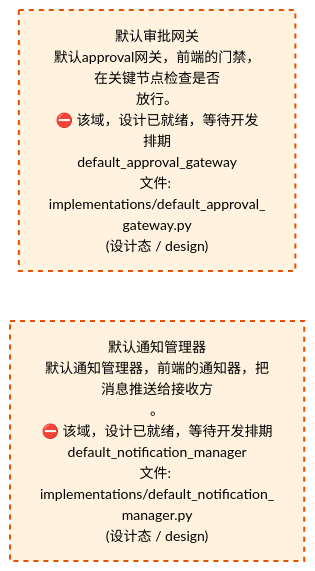
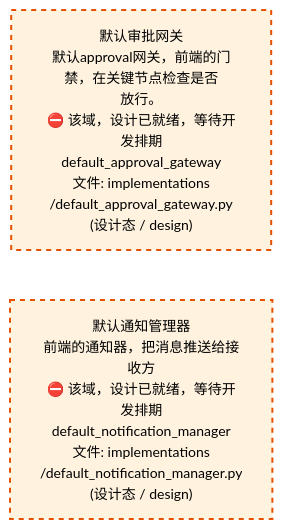
One commit to xuanFelixVan/ZephyrAlpha changed the third of 4 diagrams in docs/02_enterprise_architecture/02_domain_architecture_docs/47_d_frontend.md. Above: the diagram before and after it, drawn with Mermaid. The commit also changed other lines of this file and 59 other files, not shown here.

````diff
--- a/docs/02_enterprise_architecture/02_domain_architecture_docs/47_d_frontend.md
+++ b/docs/02_enterprise_architecture/02_domain_architecture_docs/47_d_frontend.md
@@ -177,12 +177,12 @@
 ```mermaid
 %%{init: {'theme': 'base', 'themeVariables': {'primaryColor': '#eaeaea', 'primaryTextColor': '#333333', 'primaryBorderColor': '#666666', 'lineColor': '#666666', 'secondaryColor': '#eaeaea', 'tertiaryColor': '#eaeaea', 'fontSize': '14px'}}}%%
 flowchart TD
-    src_zephyr_frontend_implementations_default_approval_gateway_py["默认审批网关<br/>默认approval网关，前端的门禁，在关键节点检查是否<br/>放行。<br/>⛔ 该域，设计已就绪，等待开发排期<br/>default_approval_gateway<br/>文件: implementations/default_approval_<br/>gateway.py<br/>(设计态 / design)"]
-    src_zephyr_frontend_implementations_default_notification_manager_py["默认通知管理器<br/>默认通知管理器，前端的通知器，把消息推送给接收方<br/>。<br/>⛔ 该域，设计已就绪，等待开发排期<br/>default_notification_manager<br/>文件: implementations/default_notification_<br/>manager.py<br/>(设计态 / design)"]
+    src_zephyr_frontend_implementations_default_approval_gateway_py["默认审批网关<br/>默认approval网关，前端的门禁，在关键节点检查是否<br/>放行。<br/>⛔ 该域，设计已就绪，等待开发排期<br/>default_approval_gateway<br/>文件: implementations<br/>/default_approval_gateway.py<br/>(设计态 / design)"]
+    src_zephyr_frontend_implementations_default_notification_manager_py["默认通知管理器<br/>前端的通知器，把消息推送给接收方<br/>⛔ 该域，设计已就绪，等待开发排期<br/>default_notification_manager<br/>文件: implementations<br/>/default_notification_manager.py<br/>(设计态 / design)"]
     src_zephyr_frontend_implementations_default_approval_gateway_py ~~~ src_zephyr_frontend_implementations_default_notification_manager_py
     classDef production fill:#e1f5fe,stroke:#01579b,stroke-width:2px,color:#000
     classDef design fill:#fff3e0,stroke:#e65100,stroke-width:2px,color:#000,stroke-dasharray: 5 5
     classDef external_prod fill:#e8f4fd,stroke:#0277bd,stroke-width:1px,color:#000
     classDef external_design fill:#fff8e7,stroke:#ef6c00,stroke-width:1px,color:#000,stroke-dasharray: 5 5
     class src_zephyr_frontend_implementations_default_approval_gateway_py,src_zephyr_frontend_implementations_default_notification_manager_py design
 ```
````
